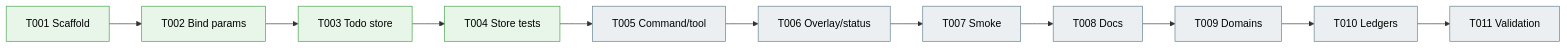
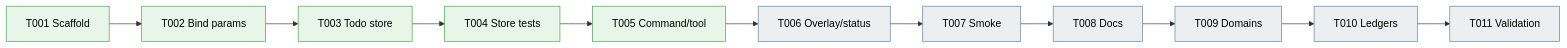
Before and after one commit to vaughanknight/pij: the third of 3 diagrams in docs/plans/010-sql-backed-todo-extension/sql-backed-todo-extension.fltplan.md, drawn with Mermaid. The commit also changed other lines of this file and 3 other files, not shown here.

Commit message:
feat: wire sql-backed todo command and tool

````diff
--- a/docs/plans/010-sql-backed-todo-extension/sql-backed-todo-extension.fltplan.md
+++ b/docs/plans/010-sql-backed-todo-extension/sql-backed-todo-extension.fltplan.md
@@ -128,9 +128,9 @@
 ```mermaid
 flowchart LR
     classDef pending fill:#ECEFF1,stroke:#607D8B,color:#000
     classDef active fill:#FFF3E0,stroke:#FB8C00,color:#000
     classDef done fill:#E8F5E9,stroke:#43A047,color:#000
     classDef blocked fill:#FFEBEE,stroke:#E53935,color:#000
 
-    S001[T001 Scaffold]:::done --> S002[T002 Bind params]:::done --> S003[T003 Todo store]:::done --> S004[T004 Store tests]:::done --> S005[T005 Command/tool]:::pending --> S006[T006 Overlay/status]:::pending --> S007[T007 Smoke]:::pending --> S008[T008 Docs]:::pending --> S009[T009 Domains]:::pending --> S010[T010 Ledgers]:::pending --> S011[T011 Validation]:::pending
+    S001[T001 Scaffold]:::done --> S002[T002 Bind params]:::done --> S003[T003 Todo store]:::done --> S004[T004 Store tests]:::done --> S005[T005 Command/tool]:::done --> S006[T006 Overlay/status]:::pending --> S007[T007 Smoke]:::pending --> S008[T008 Docs]:::pending --> S009[T009 Domains]:::pending --> S010[T010 Ledgers]:::pending --> S011[T011 Validation]:::pending
 ```
````
